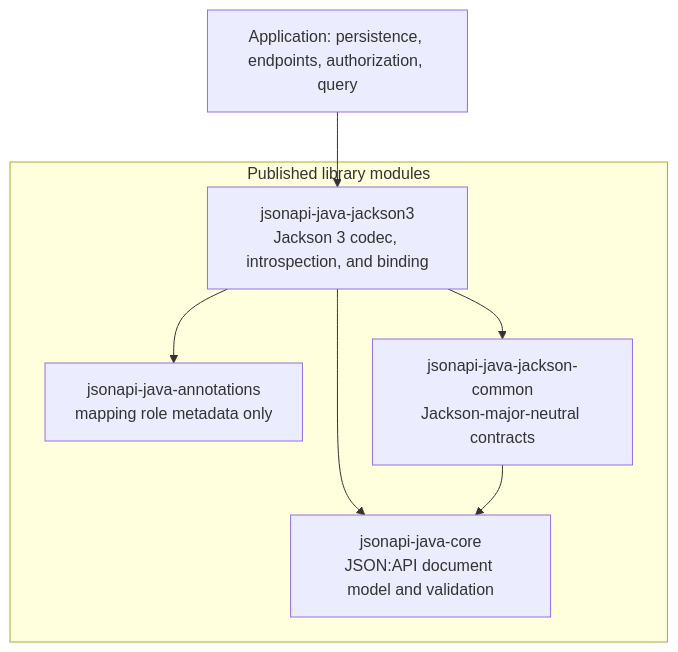
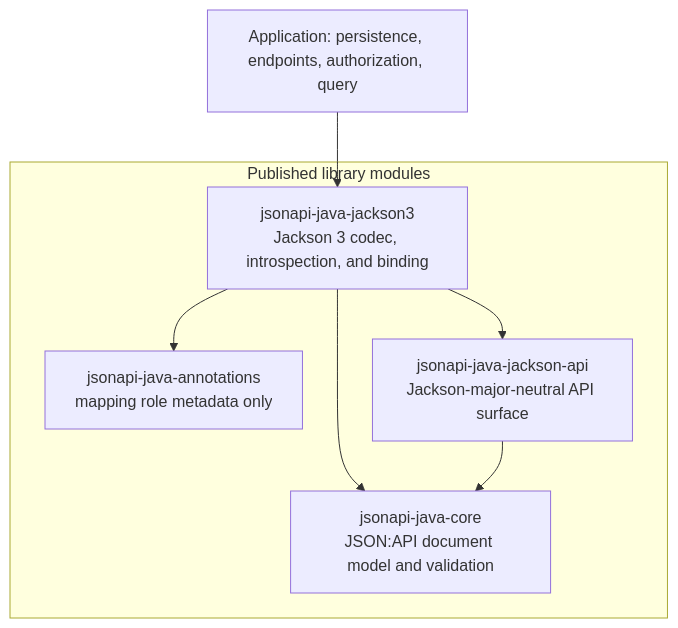
One commit to kazemek/jsonapi-java changed the first of 6 diagrams in docs/architecture.md. Above: the diagram before and after it, drawn with Mermaid. The commit also changed other lines of this file and 234 other files, not shown here.

First line of the commit message:
refactor(jackson)!: rename jackson-common to jackson-api and reorganize public contracts

````diff
--- a/docs/architecture.md
+++ b/docs/architecture.md
@@ -26,17 +26,17 @@
 ```mermaid
 flowchart TB
   subgraph published["Published library modules"]
     CORE["jsonapi-java-core<br/>JSON:API document model and validation"]
     ANN["jsonapi-java-annotations<br/>mapping role metadata only"]
-    COMMON["jsonapi-java-jackson-common<br/>Jackson-major-neutral contracts"]
+    COMMON["jsonapi-java-jackson-api<br/>Jackson-major-neutral API surface"]
     J3["jsonapi-java-jackson3<br/>Jackson 3 codec, introspection, and binding"]
   end
 
   APP["Application: persistence, endpoints, authorization, query"]
 
   J3 --> COMMON
   J3 --> CORE
   J3 --> ANN
   COMMON --> CORE
   APP --> J3
 ```
````
